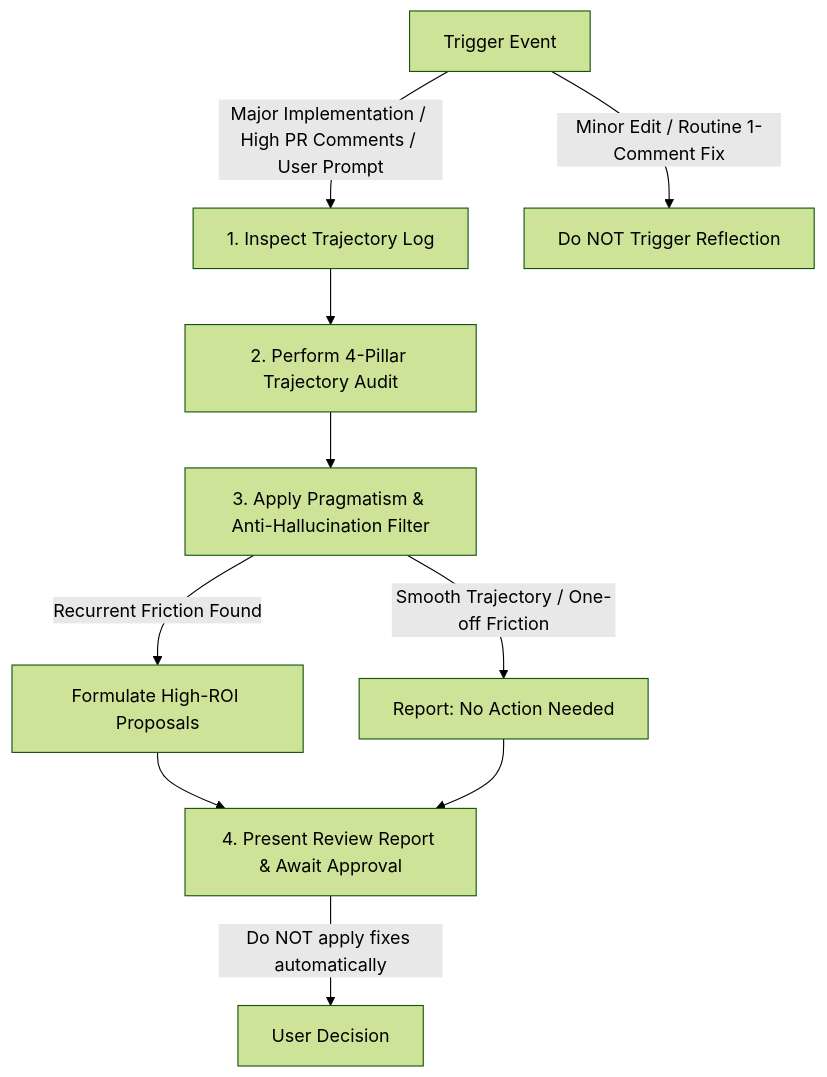
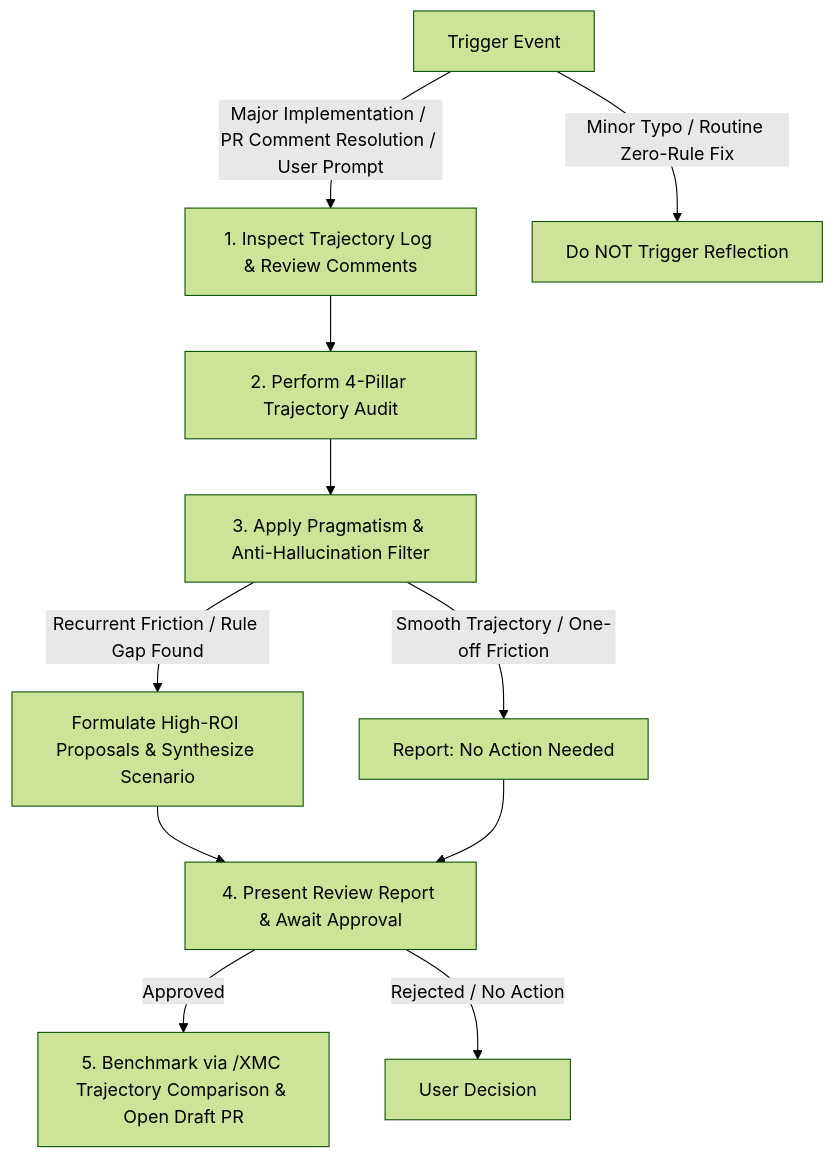
Before and after one commit to google/xmc: the diagram in .agents/skills/xmc_iterative_reflection/SKILL.md, drawn with Mermaid (forest theme). The commit also changed other lines of this file and 5 other files, not shown here.

First line of the commit message:
feat(skills): integrate iterative reflection into PR comment resolution

````diff
--- a/.agents/skills/xmc_iterative_reflection/SKILL.md
+++ b/.agents/skills/xmc_iterative_reflection/SKILL.md
@@ -10,11 +10,12 @@
 ```mermaid
 graph TD
-    A[Trigger Event] -->|Major Implementation / High PR Comments / User Prompt| B[1. Inspect Trajectory Log]
-    A -->|Minor Edit / Routine 1-Comment Fix| Stop[Do NOT Trigger Reflection]
+    A[Trigger Event] -->|Major Implementation / PR Comment Resolution / User Prompt| B[1. Inspect Trajectory Log & Review Comments]
+    A -->|Minor Typo / Routine Zero-Rule Fix| Stop[Do NOT Trigger Reflection]
     B --> C[2. Perform 4-Pillar Trajectory Audit]
     C --> D[3. Apply Pragmatism & Anti-Hallucination Filter]
-    D -->|Recurrent Friction Found| E[Formulate High-ROI Proposals]
+    D -->|Recurrent Friction / Rule Gap Found| E[Formulate High-ROI Proposals & Synthesize Scenario]
     D -->|Smooth Trajectory / One-off Friction| F[Report: No Action Needed]
     E & F --> G[4. Present Review Report & Await Approval]
-    G -->|Do NOT apply fixes automatically| End[User Decision]
+    G -->|Approved| H[5. Benchmark via /XMC Trajectory Comparison & Open Draft PR]
+    G -->|Rejected / No Action| End[User Decision]
 ```
````
